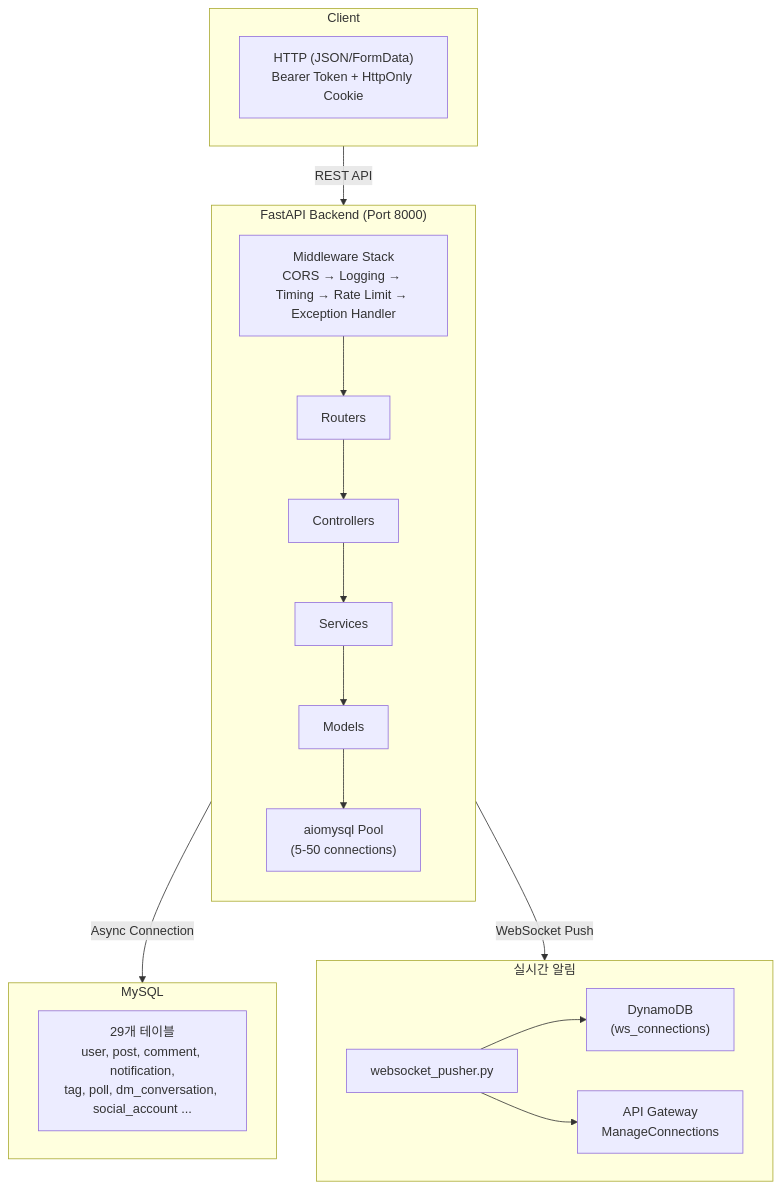
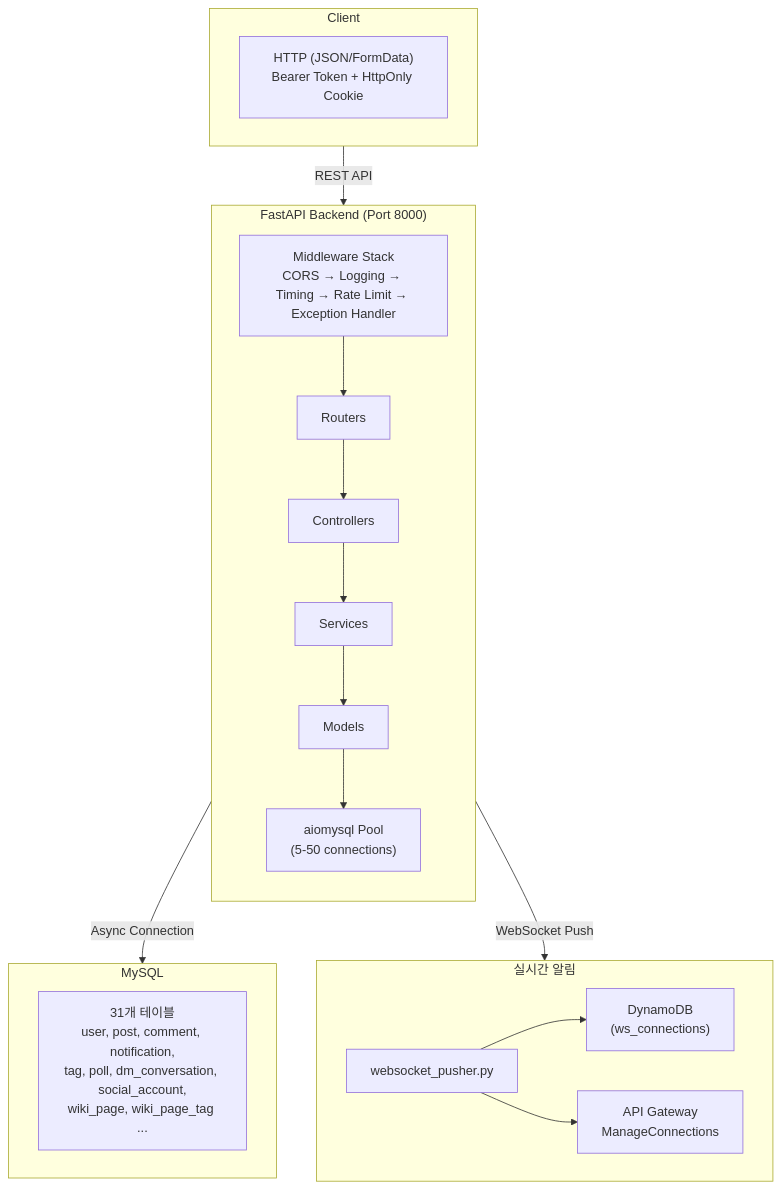
The first of 5 diagrams in README.md (revenantonthemission/2-cho-community-be), drawn with Mermaid before and after one commit. The commit also changed other lines of this file and 3 other files, not shown here.

Commit message:
docs: update docs for wiki system (31 tables)

````diff
--- a/README.md
+++ b/README.md
@@ -23,32 +23,32 @@
 ```mermaid
 flowchart TD
     subgraph Client["Client"]
         FE["HTTP (JSON/FormData)<br/>Bearer Token + HttpOnly Cookie"]
     end
 
     Client -->|"REST API"| Backend
 
     subgraph Backend["FastAPI Backend (Port 8000)"]
         direction TB
         MW["Middleware Stack<br/>CORS → Logging → Timing → Rate Limit → Exception Handler"]
         MW --> Routers
         Routers --> Controllers
         Controllers --> Services
         Services --> Models
         Models --> Pool["aiomysql Pool<br/>(5-50 connections)"]
     end
 
     Backend -->|"Async Connection"| DB
 
     subgraph DB["MySQL"]
-        Tables["29개 테이블<br/>user, post, comment, notification,<br/>tag, poll, dm_conversation, social_account ..."]
+        Tables["31개 테이블<br/>user, post, comment, notification,<br/>tag, poll, dm_conversation, social_account,<br/>wiki_page, wiki_page_tag ..."]
     end
 
     Backend -->|"WebSocket Push"| WS
 
     subgraph WS["실시간 알림"]
         Pusher["websocket_pusher.py"]
         Pusher --> DynamoDB["DynamoDB<br/>(ws_connections)"]
         Pusher --> APIGW["API Gateway<br/>ManageConnections"]
     end
 ```
````
